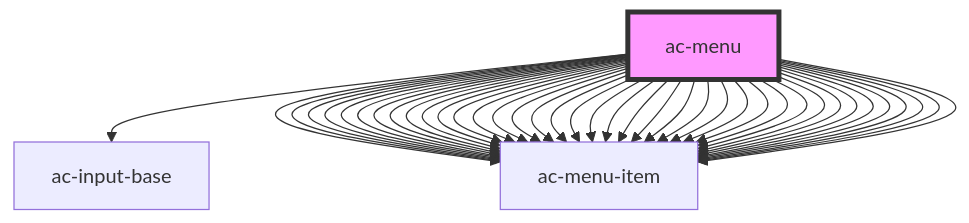
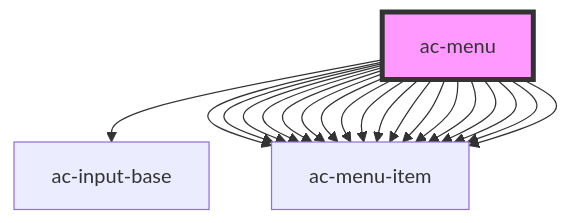
The diagram in src/components/molecules/ac-menu/readme.md (accera-tech/solar-components), drawn with Mermaid before and after one commit. The commit also changed other lines of this file and 10 other files, not shown here.

````diff
--- a/src/components/molecules/ac-menu/readme.md
+++ b/src/components/molecules/ac-menu/readme.md
@@ -71,43 +51,23 @@
 ```mermaid
 graph TD;
   ac-menu --> ac-input-base
   ac-menu --> ac-menu-item
   ac-menu --> ac-menu-item
   ac-menu --> ac-menu-item
   ac-menu --> ac-menu-item
   ac-menu --> ac-menu-item
   ac-menu --> ac-menu-item
   ac-menu --> ac-menu-item
   ac-menu --> ac-menu-item
   ac-menu --> ac-menu-item
   ac-menu --> ac-menu-item
   ac-menu --> ac-menu-item
   ac-menu --> ac-menu-item
   ac-menu --> ac-menu-item
   ac-menu --> ac-menu-item
   ac-menu --> ac-menu-item
   ac-menu --> ac-menu-item
   ac-menu --> ac-menu-item
   ac-menu --> ac-menu-item
-  ac-menu --> ac-menu-item
-  ac-menu --> ac-menu-item
-  ac-menu --> ac-menu-item
-  ac-menu --> ac-menu-item
-  ac-menu --> ac-menu-item
-  ac-menu --> ac-menu-item
-  ac-menu --> ac-menu-item
-  ac-menu --> ac-menu-item
-  ac-menu --> ac-menu-item
-  ac-menu --> ac-menu-item
-  ac-menu --> ac-menu-item
-  ac-menu --> ac-menu-item
-  ac-menu --> ac-menu-item
-  ac-menu --> ac-menu-item
-  ac-menu --> ac-menu-item
-  ac-menu --> ac-menu-item
-  ac-menu --> ac-menu-item
-  ac-menu --> ac-menu-item
-  ac-menu --> ac-menu-item
-  ac-menu --> ac-menu-item
   style ac-menu fill:#f9f,stroke:#333,stroke-width:4px
 ```
````
